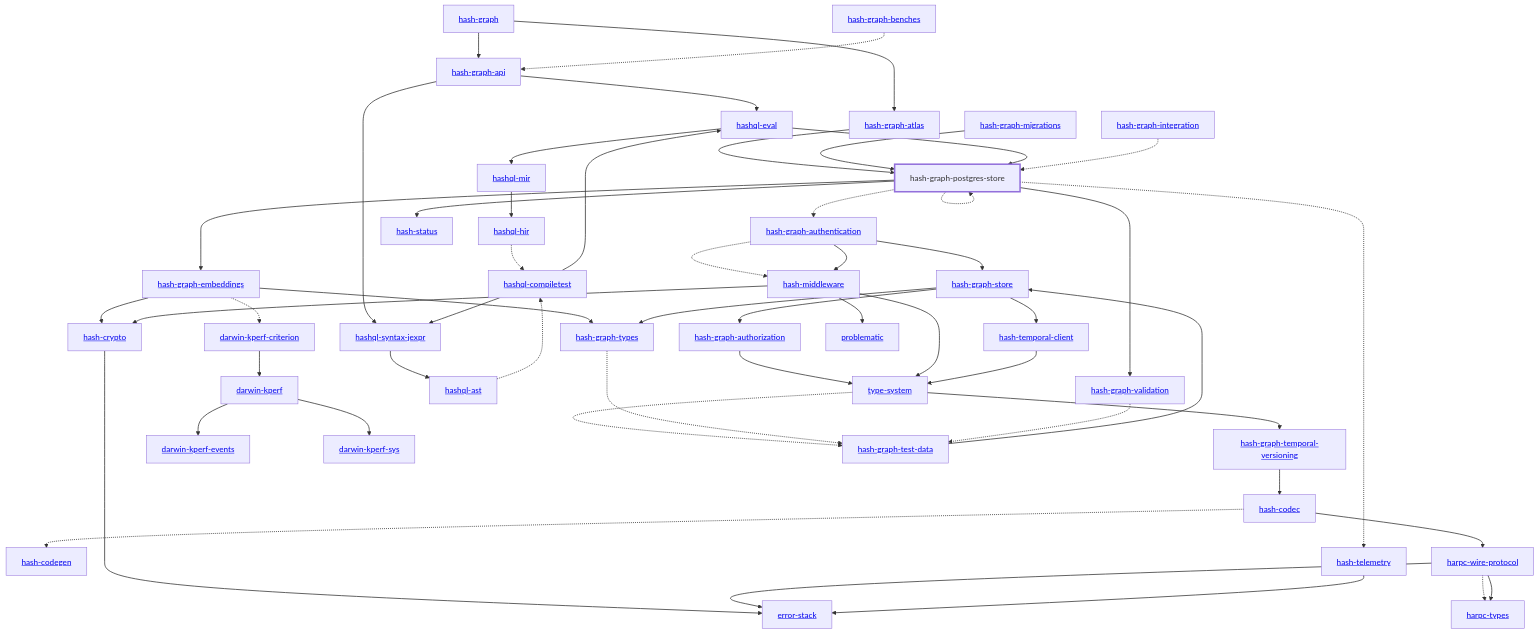
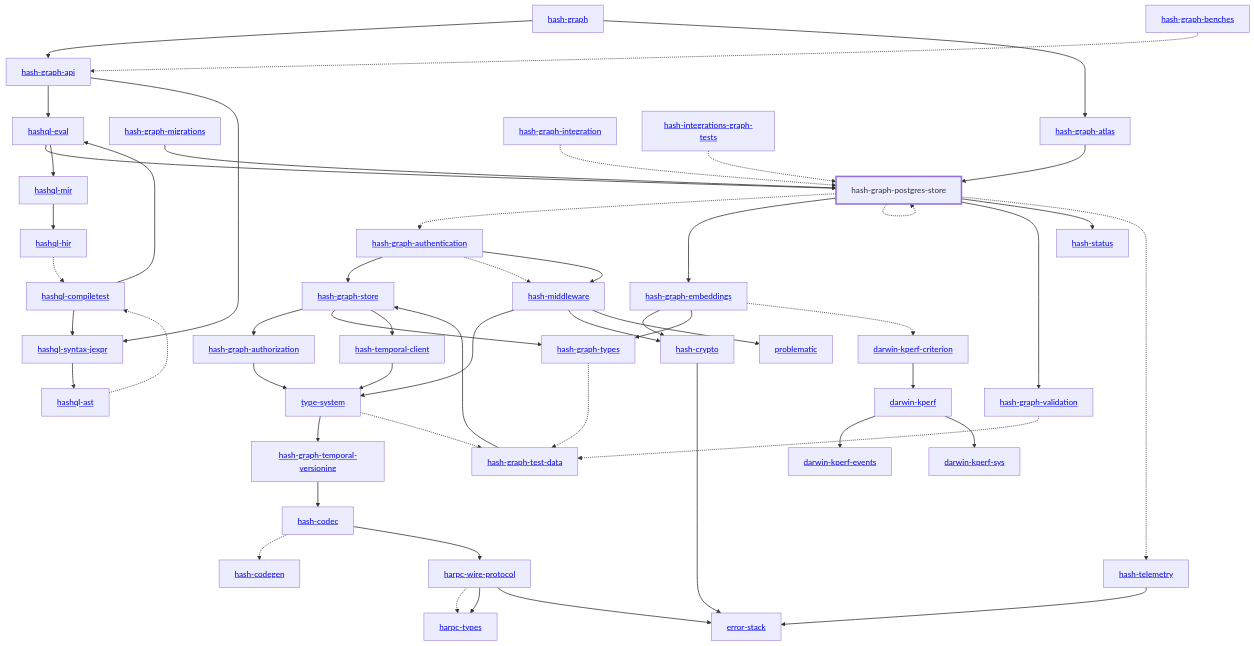
Before and after one commit to hashintel/hash: the diagram in libs/@local/graph/postgres-store/docs/dependency-diagram.mmd, drawn with Mermaid. The commit also changed 20 other files, not shown here.

Commit message:
Update dependency diagrams for the aviation integration test

```diff
--- a/libs/@local/graph/postgres-store/docs/dependency-diagram.mmd
+++ b/libs/@local/graph/postgres-store/docs/dependency-diagram.mmd
@@ -1,100 +1,102 @@
 graph TD
     linkStyle default stroke-width:1.5px
     classDef default stroke-width:1px
     classDef root stroke-width:3px
     classDef dev stroke-width:1px
     classDef build stroke-width:1px
     %% Legend
     %% --> : Normal dependency
     %% -.-> : Dev dependency
     %% ---> : Build dependency
     0[<a href="../hash_graph/index.html">hash-graph</a>]
     1[<a href="../type_system/index.html">type-system</a>]
     2[<a href="../hash_codec/index.html">hash-codec</a>]
     3[<a href="../hash_codegen/index.html">hash-codegen</a>]
     4[<a href="../hash_crypto/index.html">hash-crypto</a>]
     5[<a href="../hash_graph_api/index.html">hash-graph-api</a>]
     6[<a href="../hash_graph_atlas/index.html">hash-graph-atlas</a>]
     7[<a href="../hash_graph_authentication/index.html">hash-graph-authentication</a>]
     8[<a href="../hash_graph_authorization/index.html">hash-graph-authorization</a>]
     9[<a href="../hash_graph_embeddings/index.html">hash-graph-embeddings</a>]
     10[<a href="../hash_graph_migrations/index.html">hash-graph-migrations</a>]
     11[hash-graph-postgres-store]
     class 11 root
     12[<a href="../hash_graph_store/index.html">hash-graph-store</a>]
     13[<a href="../hash_graph_temporal_versioning/index.html">hash-graph-temporal-versioning</a>]
     14[<a href="../hash_graph_types/index.html">hash-graph-types</a>]
     15[<a href="../hash_graph_validation/index.html">hash-graph-validation</a>]
     16[<a href="../harpc_types/index.html">harpc-types</a>]
     17[<a href="../harpc_wire_protocol/index.html">harpc-wire-protocol</a>]
     18[<a href="../hashql_ast/index.html">hashql-ast</a>]
     19[<a href="../hashql_compiletest/index.html">hashql-compiletest</a>]
     20[<a href="../hashql_eval/index.html">hashql-eval</a>]
     21[<a href="../hashql_hir/index.html">hashql-hir</a>]
     22[<a href="../hashql_mir/index.html">hashql-mir</a>]
     23[<a href="../hashql_syntax_jexpr/index.html">hashql-syntax-jexpr</a>]
     24[<a href="../hash_middleware/index.html">hash-middleware</a>]
     25[<a href="../hash_status/index.html">hash-status</a>]
     26[<a href="../hash_telemetry/index.html">hash-telemetry</a>]
     27[<a href="../hash_temporal_client/index.html">hash-temporal-client</a>]
     28[<a href="../darwin_kperf/index.html">darwin-kperf</a>]
     29[<a href="../darwin_kperf_criterion/index.html">darwin-kperf-criterion</a>]
     30[<a href="../darwin_kperf_events/index.html">darwin-kperf-events</a>]
     31[<a href="../darwin_kperf_sys/index.html">darwin-kperf-sys</a>]
     32[<a href="../error_stack/index.html">error-stack</a>]
     33[<a href="../problematic/index.html">problematic</a>]
     34[<a href="../hash_graph_benches/index.html">hash-graph-benches</a>]
     35[<a href="../hash_graph_integration/index.html">hash-graph-integration</a>]
     36[<a href="../hash_graph_test_data/index.html">hash-graph-test-data</a>]
+    37[<a href="../hash_integrations_graph_tests/index.html">hash-integrations-graph-tests</a>]
     0 --> 5
     0 --> 6
     1 --> 13
     1 -.-> 36
     2 -.-> 3
     2 --> 17
     4 --> 32
     5 --> 20
     5 --> 23
     6 --> 11
     7 --> 12
     7 -.-> 24
     7 --> 24
     8 --> 1
     9 --> 4
     9 --> 14
     9 -.-> 29
     10 --> 11
     11 -.-> 7
     11 --> 9
     11 -.-> 11
     11 --> 15
     11 --> 25
     11 -.-> 26
     12 --> 8
     12 --> 14
     12 --> 27
     13 --> 2
     14 -.-> 36
     15 -.-> 36
     17 -.-> 16
     17 --> 16
     17 --> 32
     18 -.-> 19
     19 --> 20
     19 --> 23
     20 --> 11
     20 --> 22
     21 -.-> 19
     22 --> 21
     23 --> 18
     24 --> 1
     24 --> 4
     24 --> 33
     26 --> 32
     27 --> 1
     28 --> 30
     28 --> 31
     29 --> 28
     34 -.-> 5
     35 -.-> 11
     36 --> 12
+    37 -.-> 11
```
